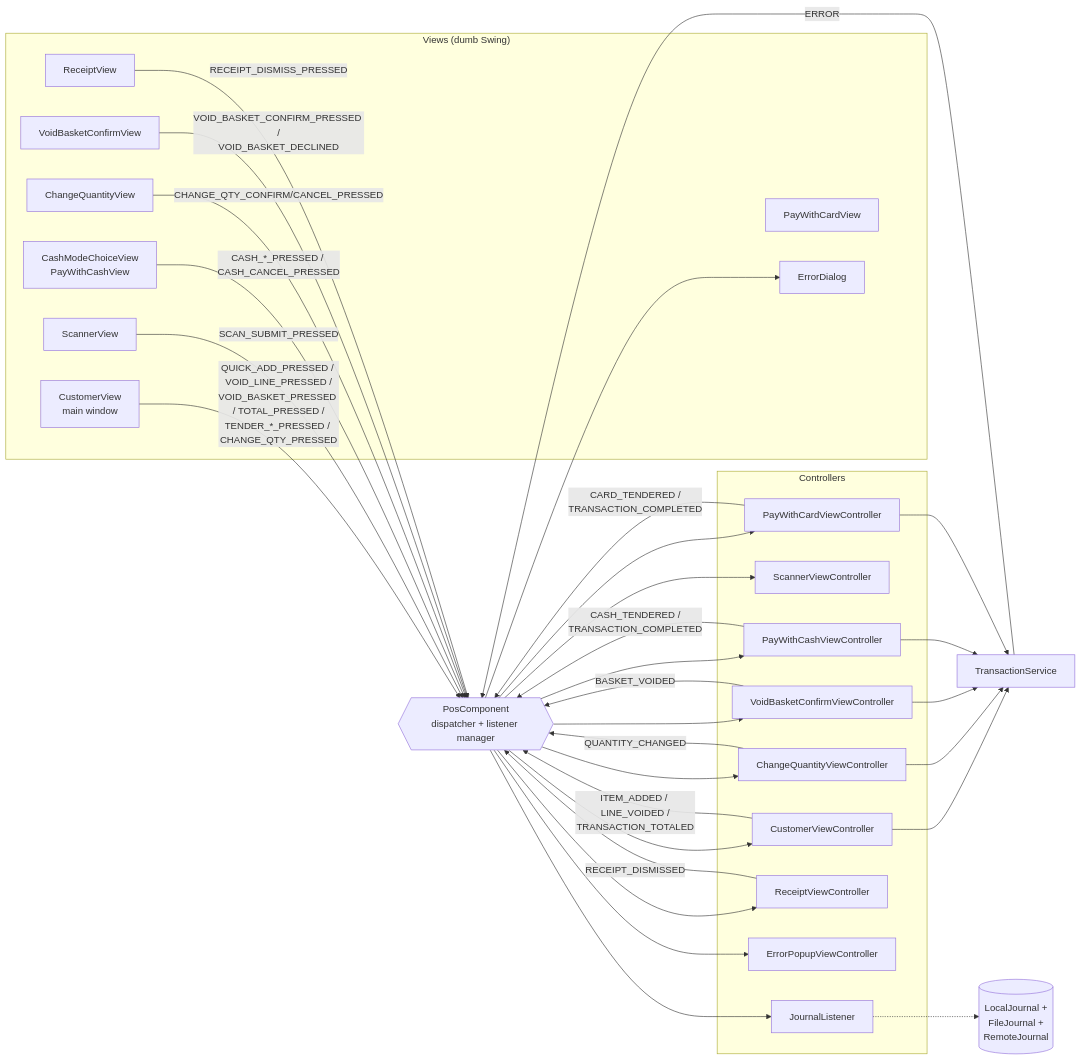
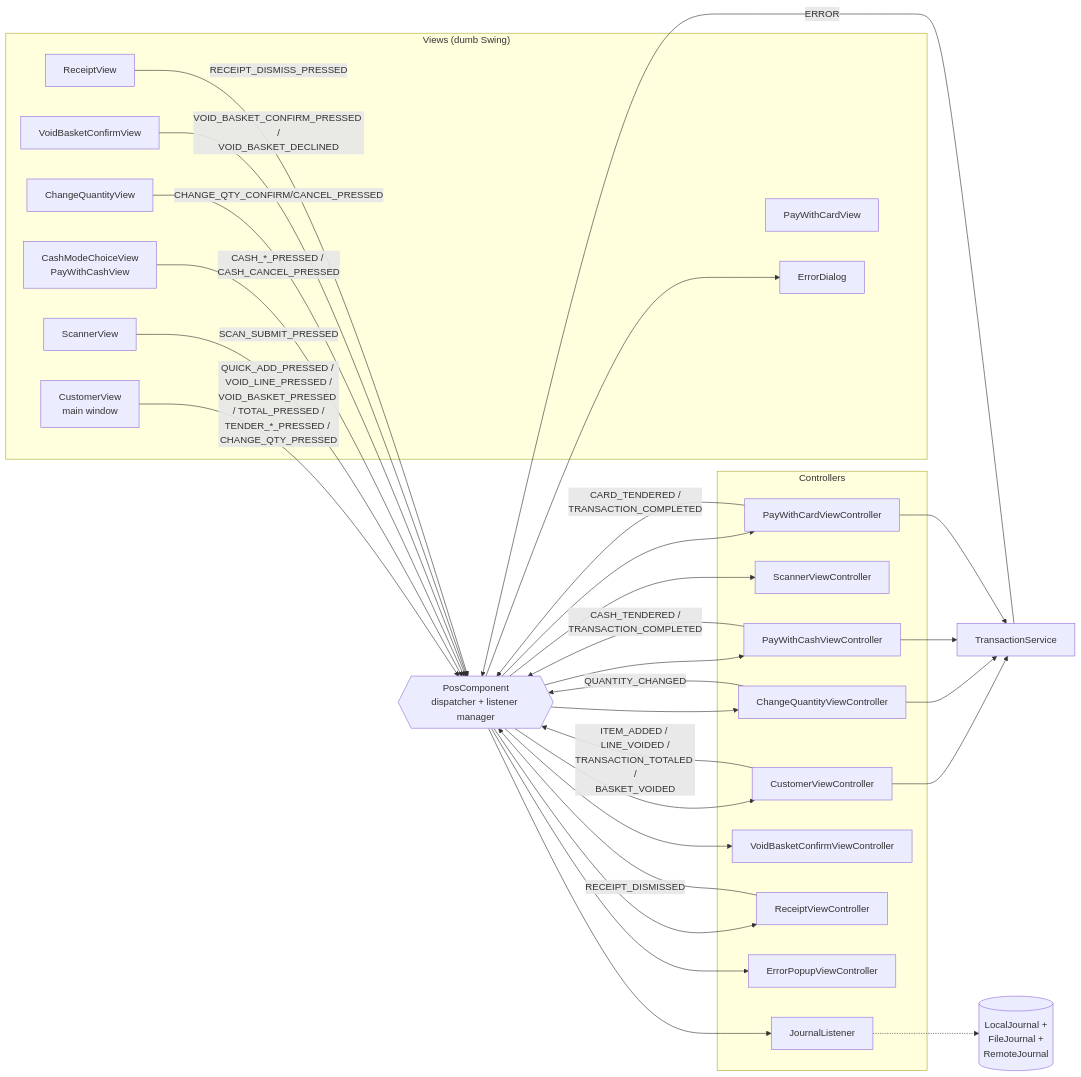
The second of 2 diagrams in docs/Phase 1/event-flow.md (rhuel-laurente-rp/rocketpartners-pos), drawn with Mermaid before and after one commit. The commit also changed other lines of this file, not shown here.

Commit message:
doc: consistent even-flow.md align with codebase

````diff
--- a/docs/Phase 1/event-flow.md
+++ b/docs/Phase 1/event-flow.md
@@ -119,54 +119,52 @@
 ```mermaid
 flowchart LR
     subgraph Views["Views (dumb Swing)"]
         CV[CustomerView<br/>main window]
         SV[ScannerView]
         CDlg[CashModeChoiceView<br/>PayWithCashView]
         CardDlg[PayWithCardView]
         QDlg[ChangeQuantityView]
         VDlg[VoidBasketConfirmView]
         RDlg[ReceiptView]
         EDlg[ErrorDialog]
     end
 
     subgraph Controllers["Controllers"]
         CVC[CustomerViewController]
         SVC[ScannerViewController]
         CashC[PayWithCashViewController]
         CardC[PayWithCardViewController]
         QC[ChangeQuantityViewController]
         VC[VoidBasketConfirmViewController]
         RC[ReceiptViewController]
         EC[ErrorPopupViewController]
         JL[JournalListener]
     end
 
     PC{{PosComponent<br/>dispatcher + listener manager}}
     TS[TransactionService]
 
     CV -- QUICK_ADD_PRESSED / VOID_LINE_PRESSED /<br/>VOID_BASKET_PRESSED / TOTAL_PRESSED /<br/>TENDER_*_PRESSED / CHANGE_QTY_PRESSED --> PC
     SV -- SCAN_SUBMIT_PRESSED --> PC
     CDlg -- CASH_*_PRESSED / CASH_CANCEL_PRESSED --> PC
     QDlg -- CHANGE_QTY_CONFIRM/CANCEL_PRESSED --> PC
     VDlg -- VOID_BASKET_CONFIRM_PRESSED /<br/>VOID_BASKET_DECLINED --> PC
     RDlg -- RECEIPT_DISMISS_PRESSED --> PC
 
     PC --> CVC & SVC & CashC & CardC & QC & VC & RC & EC & JL
 
     CVC --> TS
     QC --> TS
-    VC --> TS
     CashC --> TS
     CardC --> TS
 
-    CVC -- ITEM_ADDED / LINE_VOIDED /<br/>TRANSACTION_TOTALED --> PC
+    CVC -- ITEM_ADDED / LINE_VOIDED /<br/>TRANSACTION_TOTALED /<br/>BASKET_VOIDED --> PC
     QC -- QUANTITY_CHANGED --> PC
-    VC -- BASKET_VOIDED --> PC
     CashC -- CASH_TENDERED /<br/>TRANSACTION_COMPLETED --> PC
     CardC -- CARD_TENDERED /<br/>TRANSACTION_COMPLETED --> PC
     RC -- RECEIPT_DISMISSED --> PC
     TS -- ERROR --> PC
     PC --> EDlg
 
     JL -.-> Journals[(LocalJournal +<br/>FileJournal +<br/>RemoteJournal)]
 ```
````
